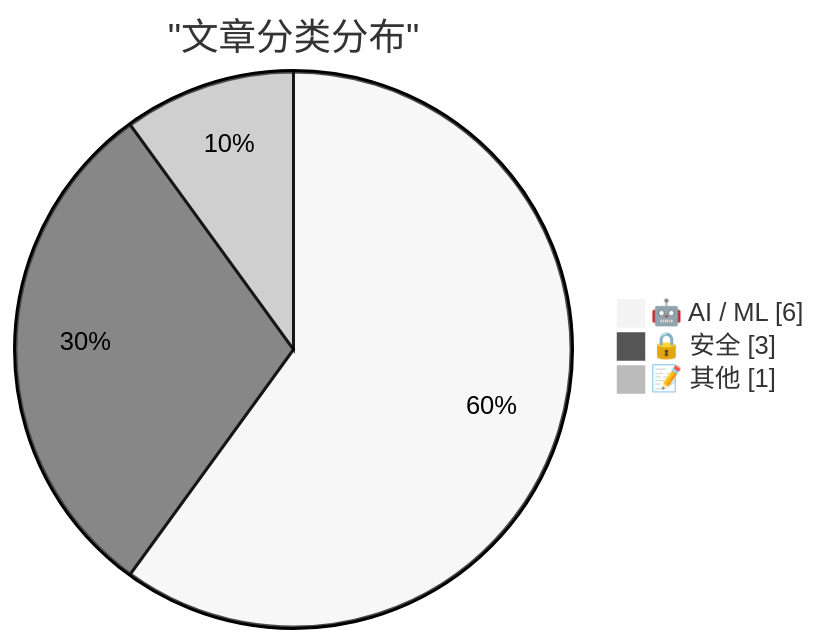
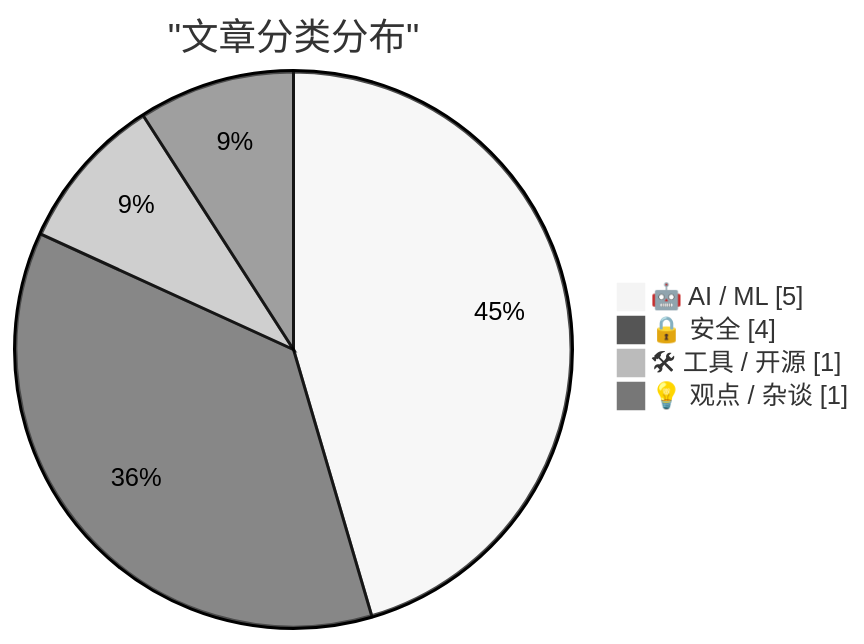
One commit to Halcyon-ccc/ai-daily-digest changed the first of 2 diagrams in digests/digest-20260812.md. Above: the diagram before and after it, drawn with Mermaid (neutral theme). The commit also changed other lines of this file and 1 other file, not shown here.

````diff
--- a/digests/digest-20260812.md
+++ b/digests/digest-20260812.md
@@ -310,7 +322,8 @@
 ```mermaid
 pie showData
     title "文章分类分布"
-    "🤖 AI / ML" : 6
-    "🔒 安全" : 3
-    "📝 其他" : 1
+    "🤖 AI / ML" : 5
+    "🔒 安全" : 4
+    "🛠 工具 / 开源" : 1
+    "💡 观点 / 杂谈" : 1
 ```
````
